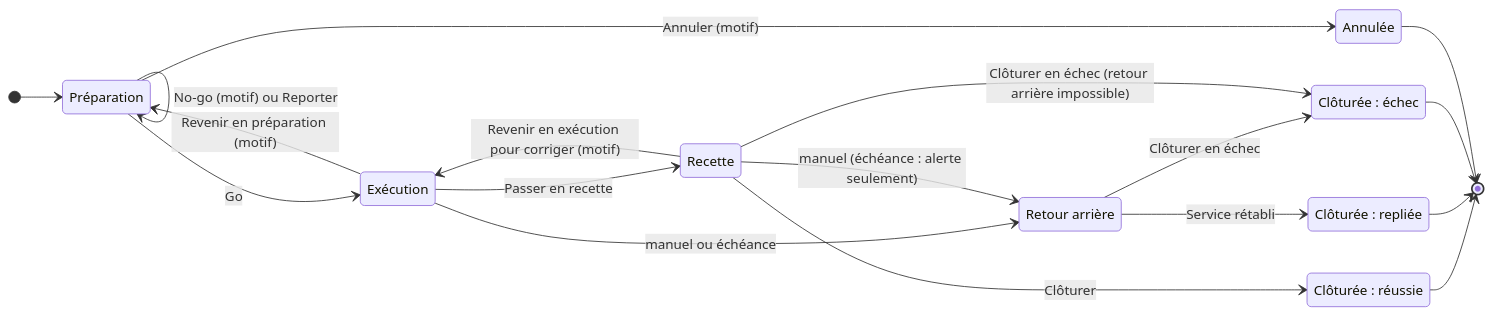
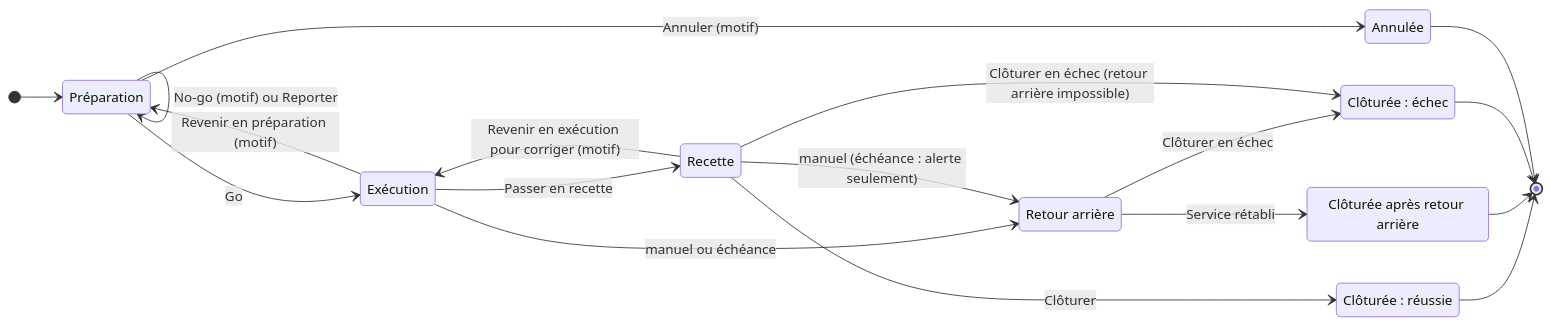
Before and after one commit to SolaDevSolide/gestion-mep: the diagram in docs/Cycle-de-vie.md, drawn with Mermaid. The commit also changed other lines of this file and 227 other files, not shown here.

````diff
--- a/docs/Cycle-de-vie.md
+++ b/docs/Cycle-de-vie.md
@@ -5,25 +5,25 @@
 ```mermaid
 stateDiagram-v2
     direction LR
     [*] --> Préparation
     Préparation --> Exécution : Go
     Préparation --> Préparation : No-go (motif) ou Reporter
     Préparation --> Annulée : Annuler (motif)
     Exécution --> Préparation : Revenir en préparation (motif)
     Exécution --> Recette : Passer en recette
     Recette --> Exécution : Revenir en exécution pour corriger (motif)
     Recette --> Réussie : Clôturer
     Exécution --> RetourArrière : manuel ou échéance
     Recette --> RetourArrière : manuel (échéance : alerte seulement)
     RetourArrière --> Repliée : Service rétabli
     RetourArrière --> Échec : Clôturer en échec
     Recette --> Échec : Clôturer en échec (retour arrière impossible)
     state "Retour arrière" as RetourArrière
     state "Clôturée : réussie" as Réussie
-    state "Clôturée : repliée" as Repliée
+    state "Clôturée après retour arrière" as Repliée
     state "Clôturée : échec" as Échec
     Réussie --> [*]
     Repliée --> [*]
     Échec --> [*]
     Annulée --> [*]
 ```
````
